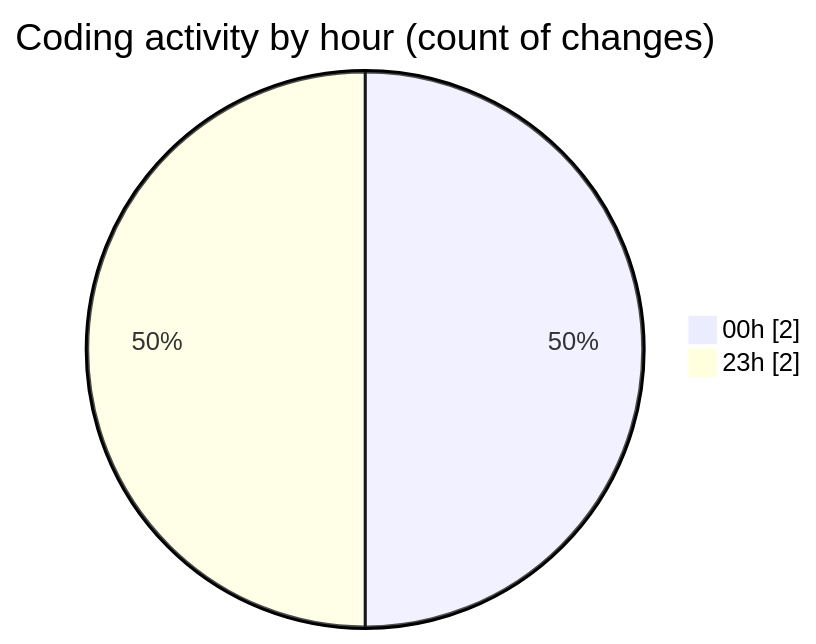
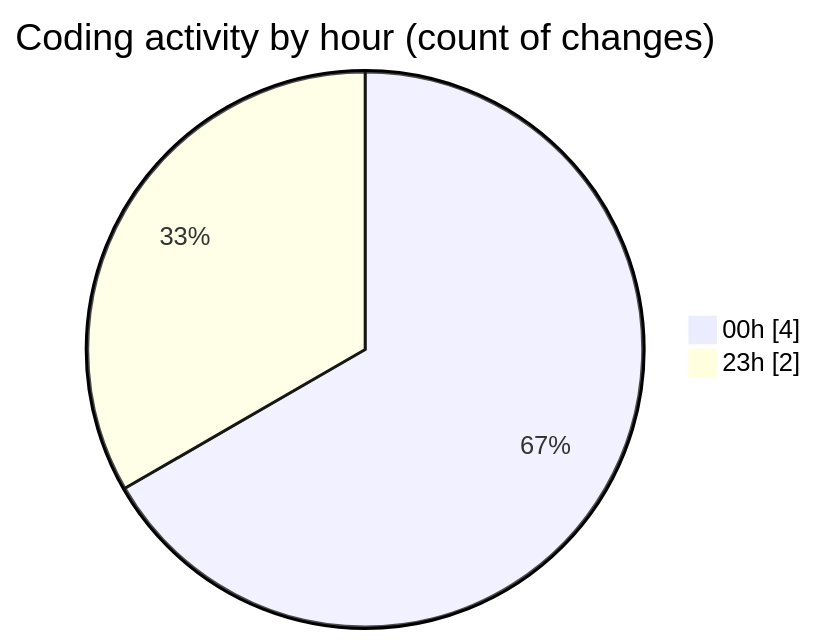
The second of 2 diagrams in 2025-10-29/eventscop-frontend-guide__workspace_/README.md (julien-gomy/code-tracking), drawn with Mermaid before and after one commit. The commit also changed other lines of this file and 1 other file, not shown here.

````diff
--- a/2025-10-29/eventscop-frontend-guide__workspace_/README.md
+++ b/2025-10-29/eventscop-frontend-guide__workspace_/README.md
@@ -30,6 +32,6 @@
 ```mermaid
 pie showData
 title Coding activity by hour (count of changes)
-"00h" : 2
+"00h" : 4
 "23h" : 2
 ```
````
